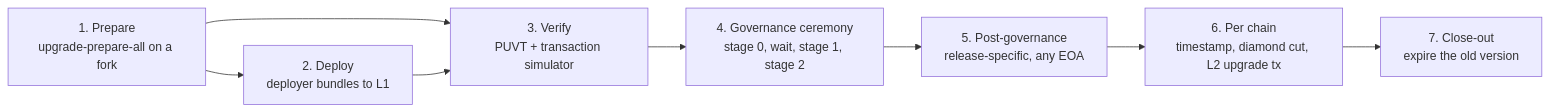
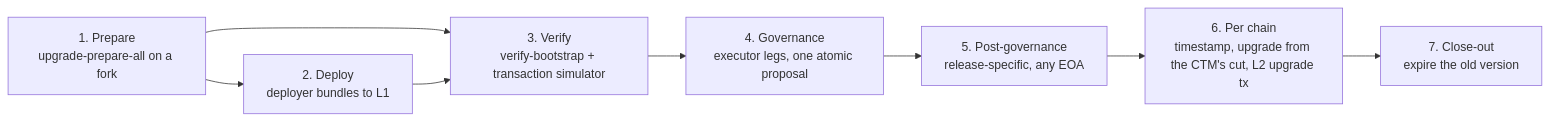
The diagram in protocol-docs/ecosystem-upgrade.md (matter-labs/era-contracts), drawn with Mermaid before and after one commit. The commit also changed other lines of this file and 526 other files, not shown here.

````diff
--- a/protocol-docs/ecosystem-upgrade.md
+++ b/protocol-docs/ecosystem-upgrade.md
@@ -85,10 +96,10 @@
 ```mermaid
 flowchart LR
   B["1. Prepare<br/>upgrade-prepare-all on a fork"] --> C["2. Deploy<br/>deployer bundles to L1"]
-  B --> D["3. Verify<br/>PUVT + transaction simulator"]
+  B --> D["3. Verify<br/>verify-bootstrap + transaction simulator"]
   C --> D
-  D --> E["4. Governance ceremony<br/>stage 0, wait, stage 1, stage 2"]
+  D --> E["4. Governance<br/>executor legs, one atomic proposal"]
   E --> F["5. Post-governance<br/>release-specific, any EOA"]
-  F --> G["6. Per chain<br/>timestamp, diamond cut, L2 upgrade tx"]
+  F --> G["6. Per chain<br/>timestamp, upgrade from the CTM's cut, L2 upgrade tx"]
   G --> H["7. Close-out<br/>expire the old version"]
 ```
````
